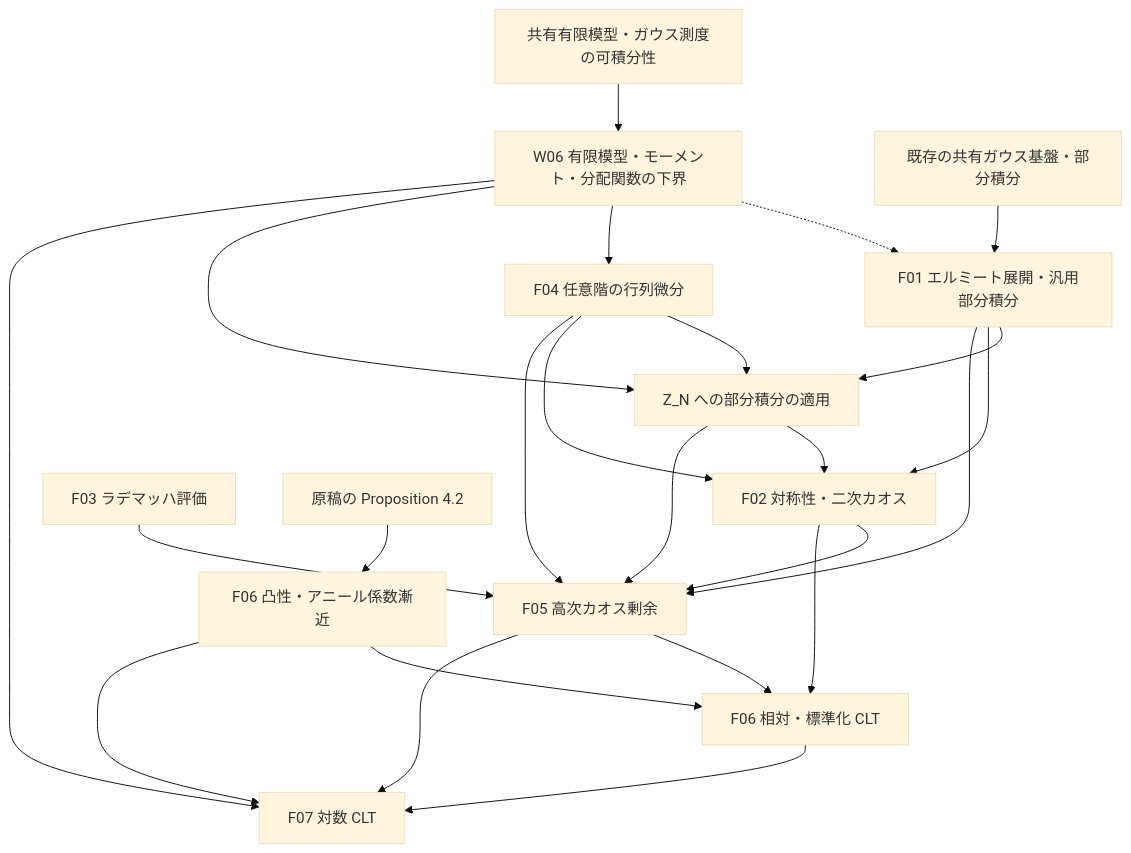
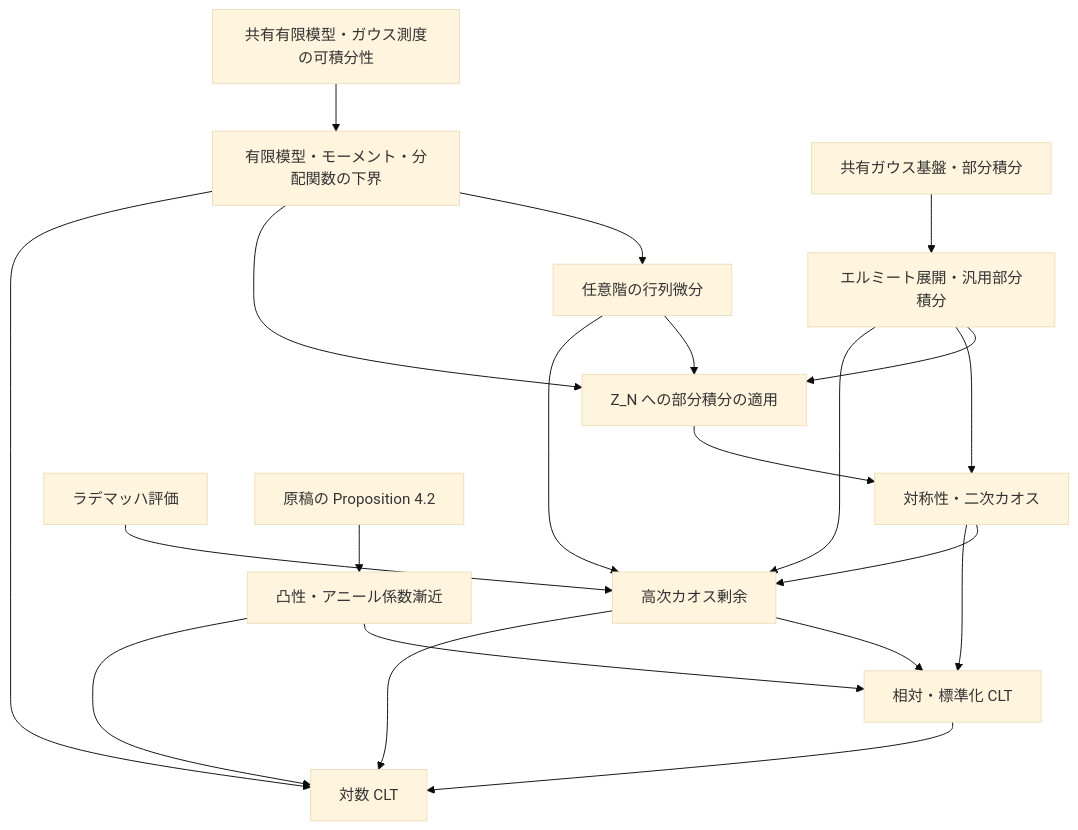
One commit to TokyoProbabilityGroup/SYK_CLT changed the diagram in CLT/ARCHITECTURE.md. Above: the diagram before and after it, drawn with Mermaid (base theme). The commit also changed other lines of this file and 19 other files, not shown here.

````diff
--- a/CLT/ARCHITECTURE.md
+++ b/CLT/ARCHITECTURE.md
@@ -140,27 +123,23 @@
 ```mermaid
 flowchart TD
-    shared["共有有限模型・ガウス測度の可積分性"] --> W06["W06 有限模型・モーメント・分配関数の下界"]
-    gaussian["既存の共有ガウス基盤・部分積分"]
-    gaussian --> F01["F01 エルミート展開・汎用部分積分"]
-    W06 -.-> F01
-    W06 --> F04["F04 任意階の行列微分"]
-    F01 --> zIBP["Z_N への部分積分の適用"]
-    W06 --> zIBP
-    F04 --> zIBP
-    zIBP --> F02["F02 対称性・二次カオス"]
-    F01 --> F02
-    F04 --> F02
-    F01 --> F05["F05 高次カオス剰余"]
-    F02 --> F05
-    F04 --> F05
-    zIBP --> F05
-    F03["F03 ラデマッハ評価"] --> F05
-    external["原稿の Proposition 4.2"] --> annealed["F06 凸性・アニール係数漸近"]
-    F02 --> clt["F06 相対・標準化 CLT"]
-    F05 --> clt
+    shared["共有有限模型・ガウス測度の可積分性"] --> finite["有限模型・モーメント・分配関数の下界"]
+    gaussian["共有ガウス基盤・部分積分"] --> hermite["エルミート展開・汎用部分積分"]
+    finite --> derivatives["任意階の行列微分"]
+    hermite --> zIBP["Z_N への部分積分の適用"]
+    finite --> zIBP
+    derivatives --> zIBP
+    zIBP --> second["対称性・二次カオス"]
+    hermite --> second
+    hermite --> remainder["高次カオス剰余"]
+    second --> remainder
+    derivatives --> remainder
+    rademacher["ラデマッハ評価"] --> remainder
+    external["原稿の Proposition 4.2"] --> annealed["凸性・アニール係数漸近"]
+    second --> clt["相対・標準化 CLT"]
+    remainder --> clt
     annealed --> clt
-    clt --> logclt["F07 対数 CLT"]
-    F05 --> logclt
-    W06 --> logclt
+    clt --> logclt["対数 CLT"]
+    finite --> logclt
+    remainder --> logclt
     annealed --> logclt
 ```
````
